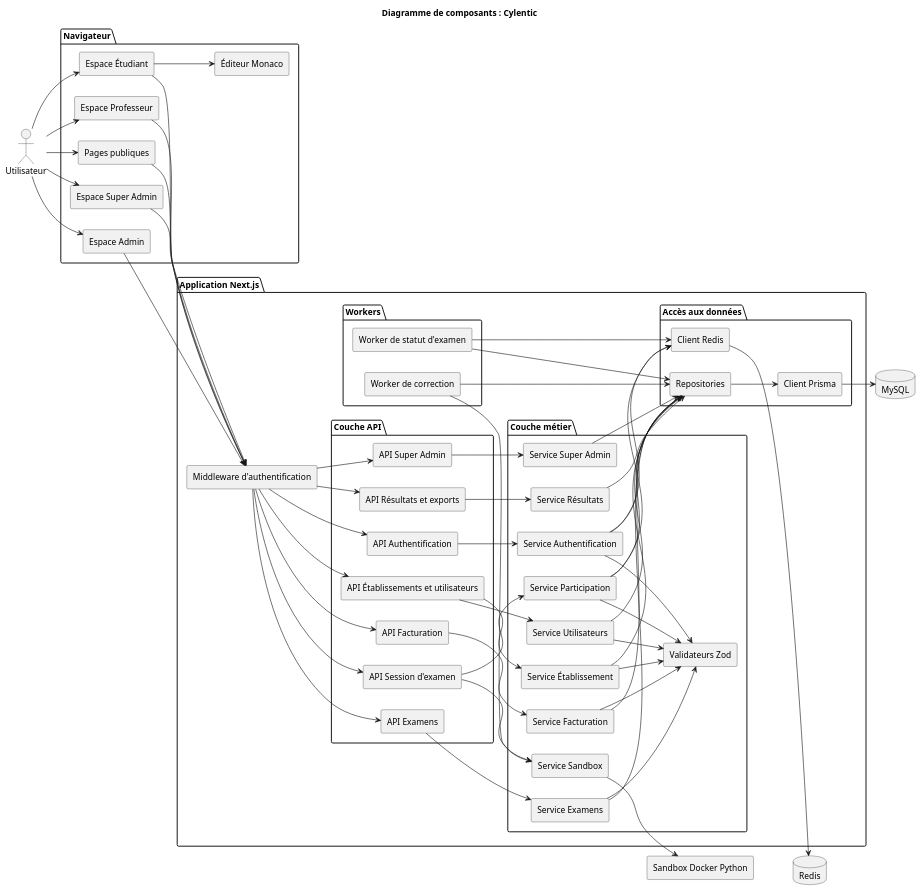
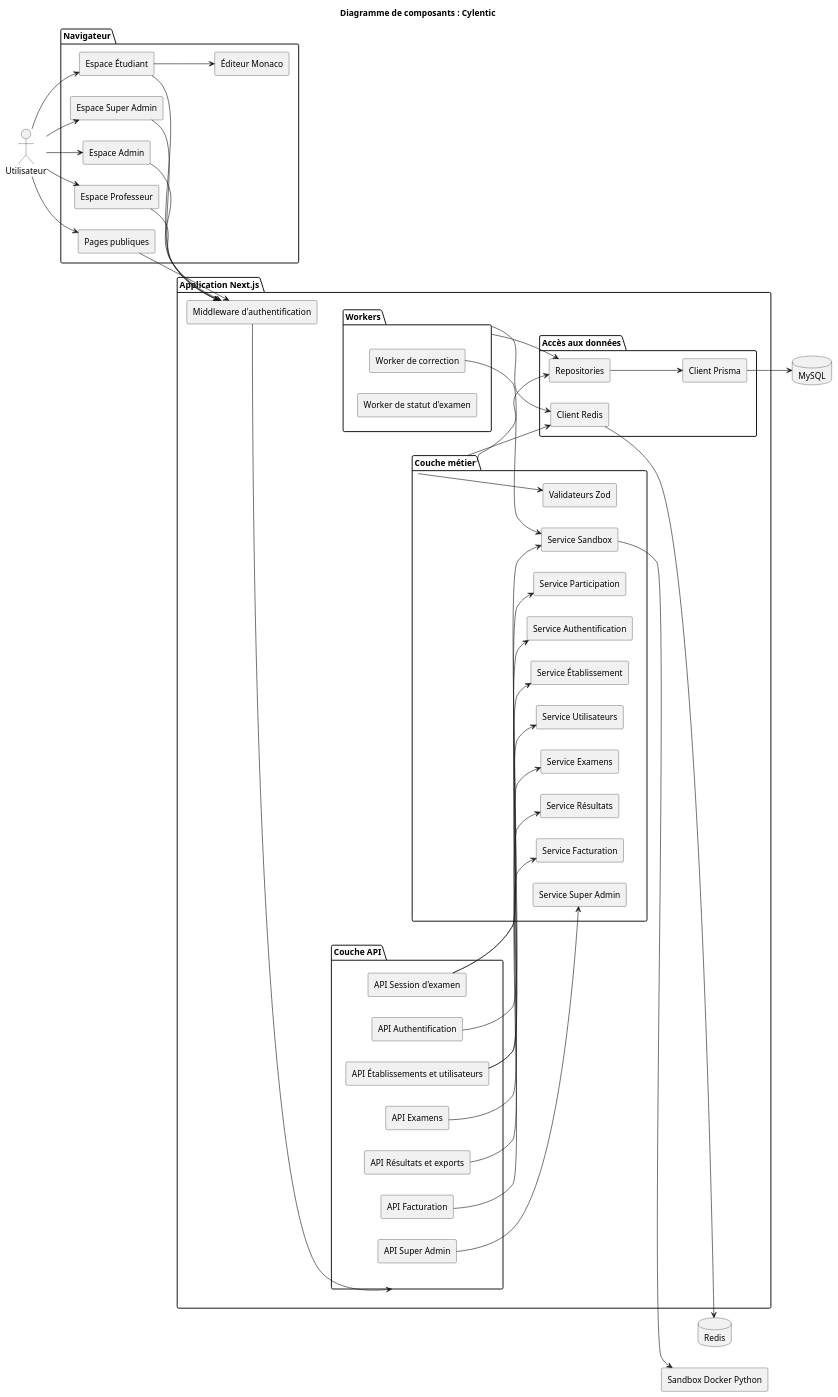
The diagram in docs/diagrammes/07_composants.puml (progirix/cylentic), drawn with PlantUML before and after one commit.

Commit message:
Simplifie les flèches du diagramme de composants vers Repositories

```diff
--- a/docs/diagrammes/07_composants.puml
+++ b/docs/diagrammes/07_composants.puml
@@ -1,123 +1,102 @@
 @startuml
 left to right direction
 skinparam shadowing false
 skinparam componentStyle rectangle
 skinparam nodesep 35
 skinparam ranksep 40
 
 title Diagramme de composants : Cylentic
 
 actor "Utilisateur" as User
 
 package "Navigateur" {
   [Pages publiques] as Pub
   [Espace Super Admin] as SA
   [Espace Admin] as Adm
   [Espace Professeur] as Prof
   [Espace Étudiant] as Etu
   [Éditeur Monaco] as Monaco
 }
 
 package "Application Next.js" {
   [Middleware d'authentification] as MW
 
-  package "Couche API" {
+  package "Couche API" as CoucheAPI {
     [API Authentification] as ApiAuth
     [API Établissements et utilisateurs] as ApiUsers
     [API Examens] as ApiExams
     [API Session d'examen] as ApiSession
     [API Résultats et exports] as ApiResults
     [API Facturation] as ApiBilling
     [API Super Admin] as ApiSA
   }
 
-  package "Couche métier" {
+  package "Couche métier" as CoucheMetier {
     [Service Authentification] as SvcAuth
     [Service Établissement] as SvcEtab
     [Service Utilisateurs] as SvcUsers
     [Service Examens] as SvcExams
     [Service Participation] as SvcPart
     [Service Sandbox] as SvcSandbox
     [Service Résultats] as SvcResults
     [Service Facturation] as SvcBilling
     [Service Super Admin] as SvcSA
     [Validateurs Zod] as Zod
   }
 
-  package "Accès aux données" {
+  package "Accès aux données" as CoucheData {
     [Repositories] as Repo
     [Client Prisma] as Prisma
     [Client Redis] as RedisClient
   }
 
-  package "Workers" {
+  package "Workers" as CoucheWorkers {
     [Worker de correction] as WGrade
     [Worker de statut d'examen] as WStatus
   }
 }
 
 database "MySQL" as DB
 database "Redis" as Redis
 [Sandbox Docker Python] as Sandbox
 
 User --> Pub
 User --> SA
 User --> Adm
 User --> Prof
 User --> Etu
 Etu --> Monaco
 
 Pub --> MW
 SA --> MW
 Adm --> MW
 Prof --> MW
 Etu --> MW
 
-MW --> ApiAuth
-MW --> ApiUsers
-MW --> ApiExams
-MW --> ApiSession
-MW --> ApiResults
-MW --> ApiBilling
-MW --> ApiSA
+MW --> CoucheAPI
 
 ApiAuth --> SvcAuth
 ApiUsers --> SvcEtab
 ApiUsers --> SvcUsers
 ApiExams --> SvcExams
 ApiSession --> SvcPart
 ApiSession --> SvcSandbox
 ApiResults --> SvcResults
 ApiBilling --> SvcBilling
 ApiSA --> SvcSA
 
-SvcAuth --> Zod
-SvcEtab --> Zod
-SvcUsers --> Zod
-SvcExams --> Zod
-SvcPart --> Zod
-SvcBilling --> Zod
-
-SvcAuth --> Repo
-SvcEtab --> Repo
-SvcUsers --> Repo
-SvcExams --> Repo
-SvcPart --> Repo
-SvcResults --> Repo
-SvcBilling --> Repo
-SvcSA --> Repo
+CoucheMetier --> Repo
+CoucheMetier --> Zod
+CoucheWorkers --> Repo
 
 Repo --> Prisma
 Prisma --> DB
 
-SvcAuth --> RedisClient
-SvcPart --> RedisClient
-WStatus --> RedisClient
+CoucheMetier --> RedisClient
+CoucheWorkers --> RedisClient
 RedisClient --> Redis
 
 SvcSandbox --> Sandbox
 WGrade --> SvcSandbox
-WGrade --> Repo
-WStatus --> Repo
 
 @enduml
```
